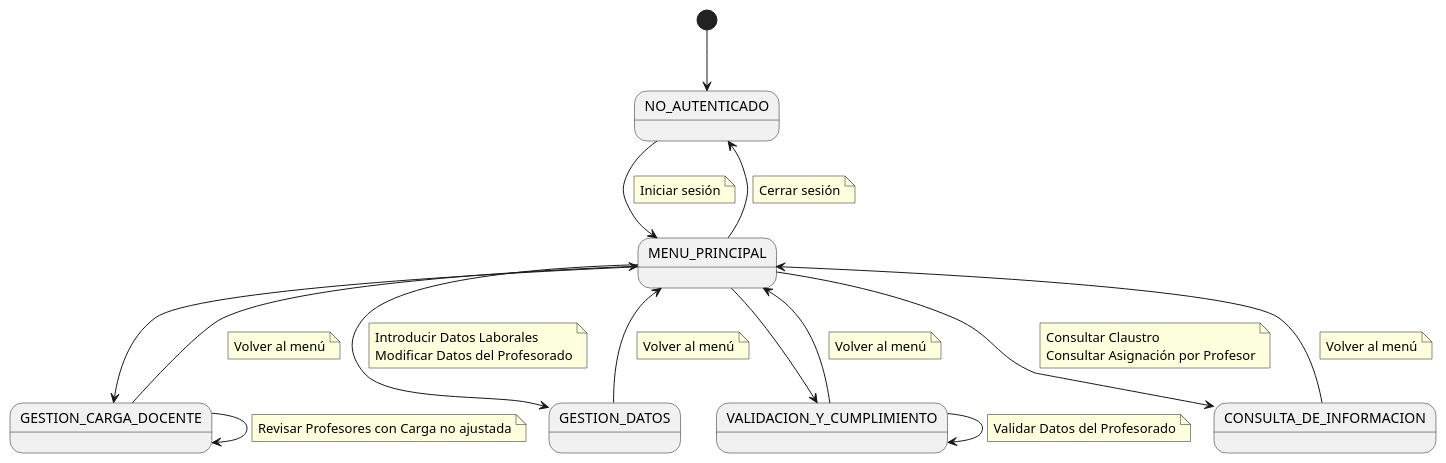
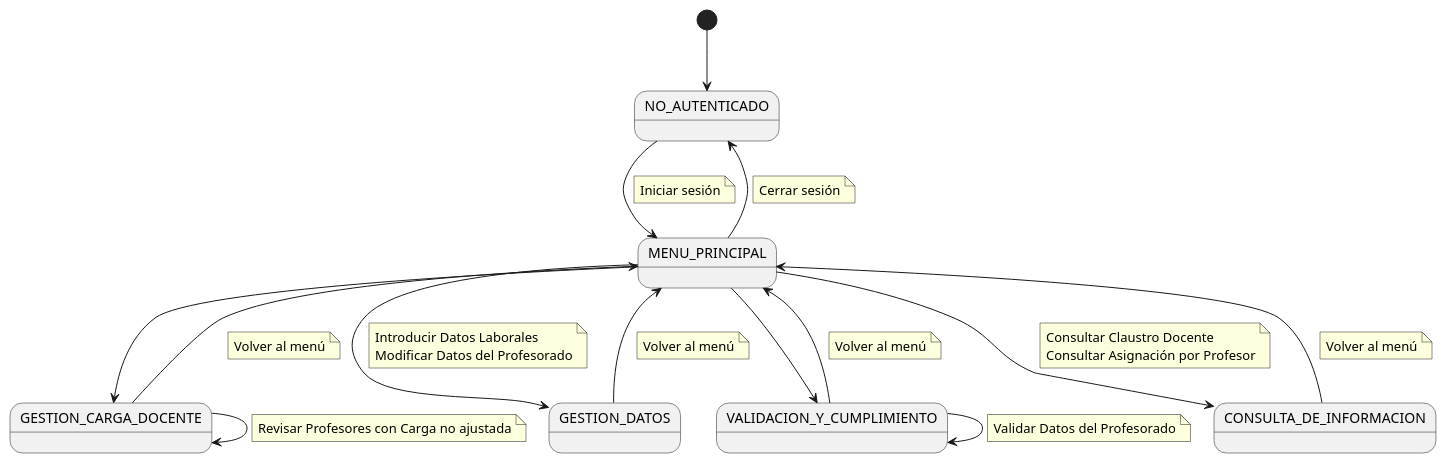
The diagram in modelosUML/CdU/DiagramaDeContexto/RRHH.puml (mmasias/24-25-IdSw1-SDR), drawn with PlantUML before and after one commit. The commit also changed 5 other files, not shown here.

Commit message:
Actualizar diagramas de contexto: renombrar "Consultar Claustro" a "Consultar Claustro Docente"

```diff
--- a/modelosUML/CdU/DiagramaDeContexto/RRHH.puml
+++ b/modelosUML/CdU/DiagramaDeContexto/RRHH.puml
@@ -1,66 +1,66 @@
 @startuml
 state "NO_AUTENTICADO" as NoAuth
 state "MENU_PRINCIPAL" as Menu
 state "GESTION_CARGA_DOCENTE" as Car
 state "GESTION_DATOS" as Dat
 state "VALIDACION_Y_CUMPLIMIENTO" as Val
 state "CONSULTA_DE_INFORMACION" as Inf
 
 [*] --> NoAuth
 
 NoAuth --> Menu
 note on link
     Iniciar sesión
 end note
 
 Menu --> Car
 
 Menu --> Dat
 note on link
   Introducir Datos Laborales
   Modificar Datos del Profesorado
 end note
 
 Menu --> Val
 
 Menu --> Inf
 note on link
-  Consultar Claustro
+  Consultar Claustro Docente
   Consultar Asignación por Profesor
 end note
 
 Car --> Car
 note on link
   Revisar Profesores con Carga no ajustada
 end note
 
 Val --> Val
 note on link
   Validar Datos del Profesorado
 end note
 
 Car --> Menu
 note on link
     Volver al menú
 end note
 
 Dat --> Menu
 note on link
     Volver al menú
 end note
 
 Val --> Menu
 note on link
     Volver al menú
 end note
 
 Inf --> Menu
 note on link
     Volver al menú
 end note
 
 Menu --> NoAuth
 note on link
     Cerrar sesión
 end note
 @enduml
```
